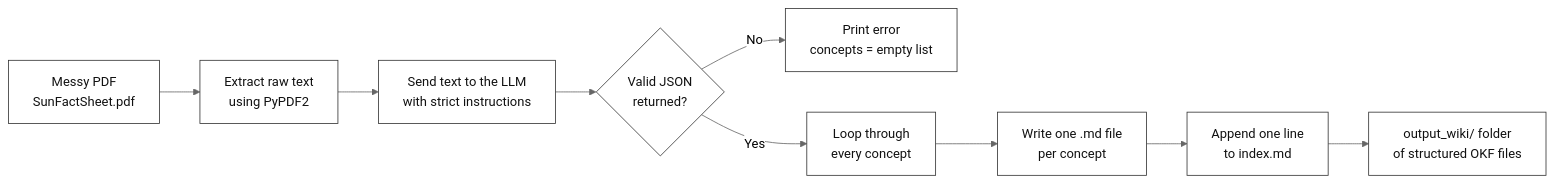
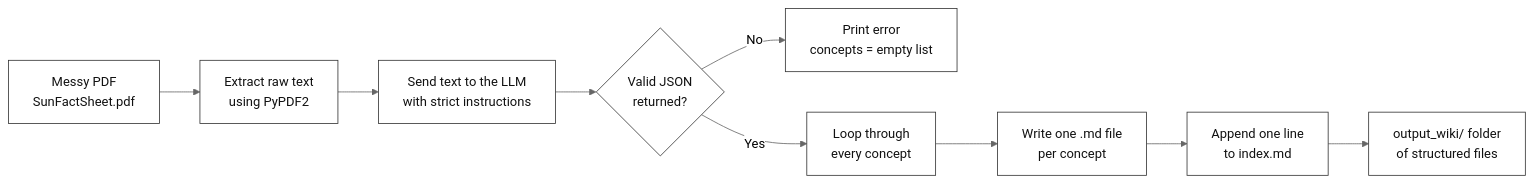
One commit to CogKnowEdge-Solutions/Context-Memory-Layer changed the first of 7 diagrams in lab1.md. Above: the diagram before and after it, drawn with Mermaid (neutral theme). The commit also changed other lines of this file and 1 other file, not shown here.

````diff
--- a/lab1.md
+++ b/lab1.md
@@ -92,14 +37,14 @@
 ```mermaid
 flowchart LR
     A["Messy PDF<br/>SunFactSheet.pdf"] --> B["Extract raw text<br/>using PyPDF2"]
     B --> C["Send text to the LLM<br/>with strict instructions"]
     C --> D{"Valid JSON<br/>returned?"}
     D -- No --> E["Print error<br/>concepts = empty list"]
     D -- Yes --> F["Loop through<br/>every concept"]
     F --> G["Write one .md file<br/>per concept"]
     G --> H["Append one line<br/>to index.md"]
-    H --> I["output_wiki/ folder<br/>of structured OKF files"]
+    H --> I["output_wiki/ folder<br/>of structured files"]
 
     classDef defaultStyle fill:#ffffff,stroke:#333333,stroke-width:1px,color:#111111
     class A,B,C,D,E,F,G,H,I defaultStyle
 ```
````
